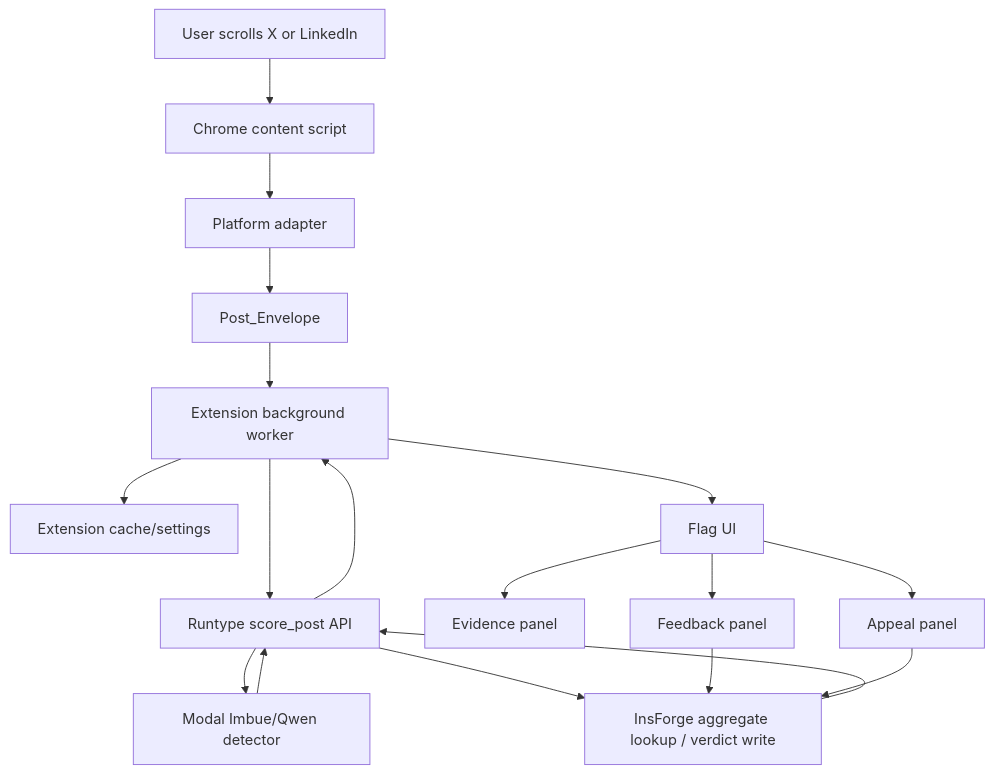
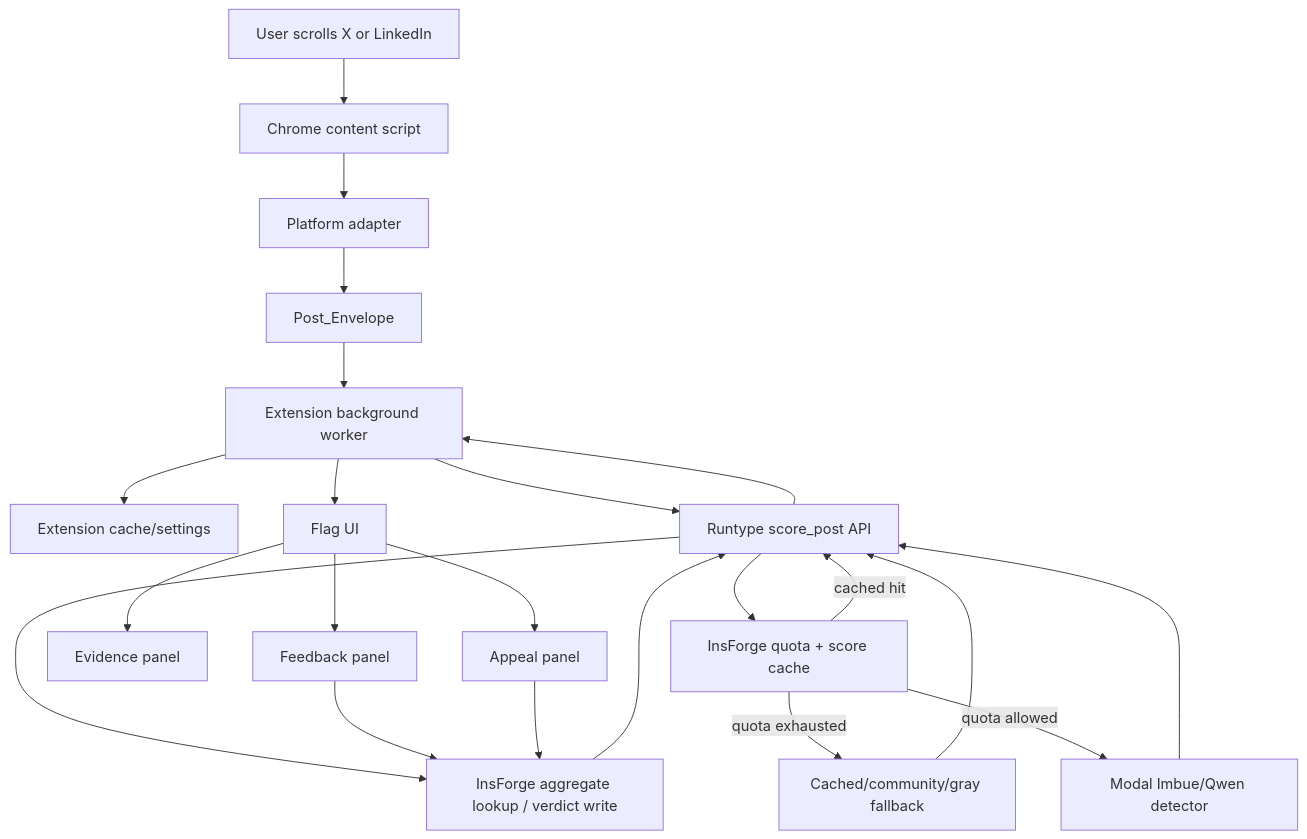
The first of 2 diagrams in specs/slop-frog/design.md (Jiyungi/slop-frog), drawn with Mermaid before and after one commit. The commit also changed other lines of this file and 3 other files, not shown here.

Commit message:
Specify public extension rate limits and InsForge migration

````diff
--- a/specs/slop-frog/design.md
+++ b/specs/slop-frog/design.md
@@ -65,20 +69,24 @@
 ```mermaid
 graph TD
     User[User scrolls X or LinkedIn] --> CS[Chrome content script]
     CS --> Adapter[Platform adapter]
     Adapter --> Envelope[Post_Envelope]
     Envelope --> BG[Extension background worker]
     BG --> Cache[Extension cache/settings]
     BG --> RT[Runtype score_post API]
-    RT --> Modal[Modal Imbue/Qwen detector]
+    RT --> Limit[InsForge quota + score cache]
+    Limit -->|cached hit| RT
+    Limit -->|quota allowed| Modal[Modal Imbue/Qwen detector]
+    Limit -->|quota exhausted| Fallback[Cached/community/gray fallback]
     Modal --> RT
     RT --> IF[InsForge aggregate lookup / verdict write]
+    Fallback --> RT
     IF --> RT
     RT --> BG
     BG --> UI[Flag UI]
     UI --> Evidence[Evidence panel]
     UI --> Feedback[Feedback panel]
     UI --> Appeal[Appeal panel]
     Feedback --> IF
     Appeal --> IF
 ```
````
